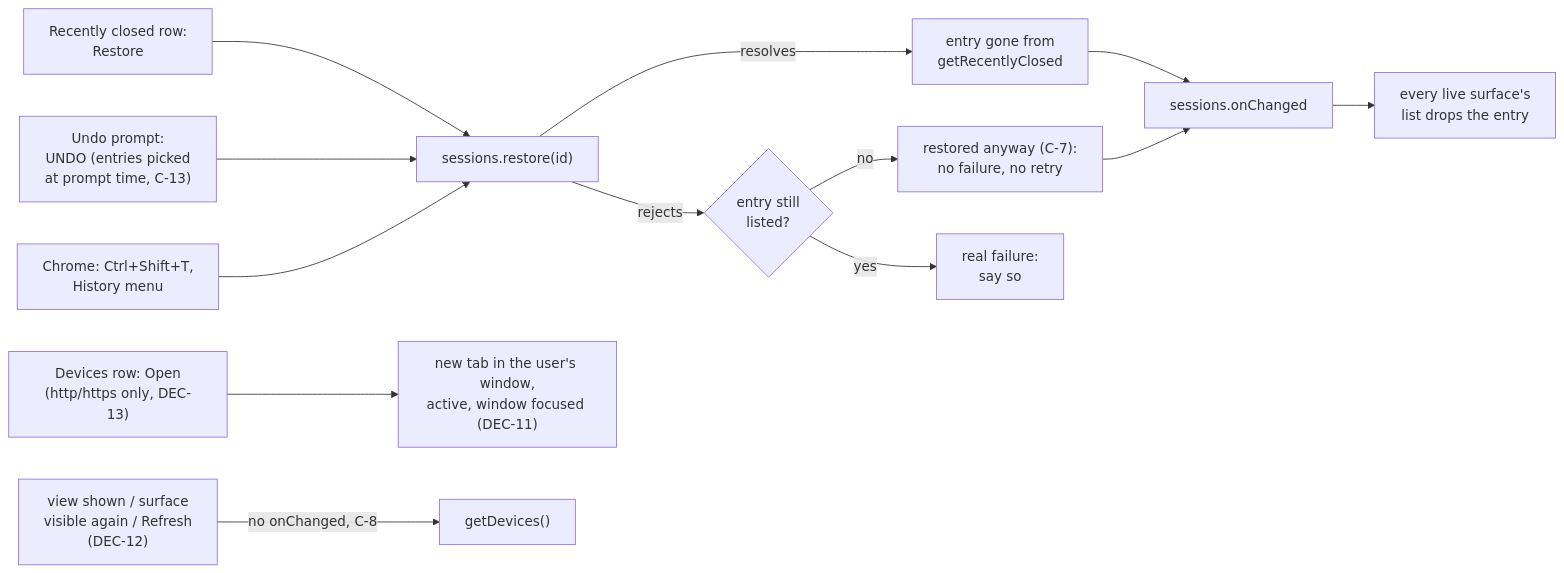
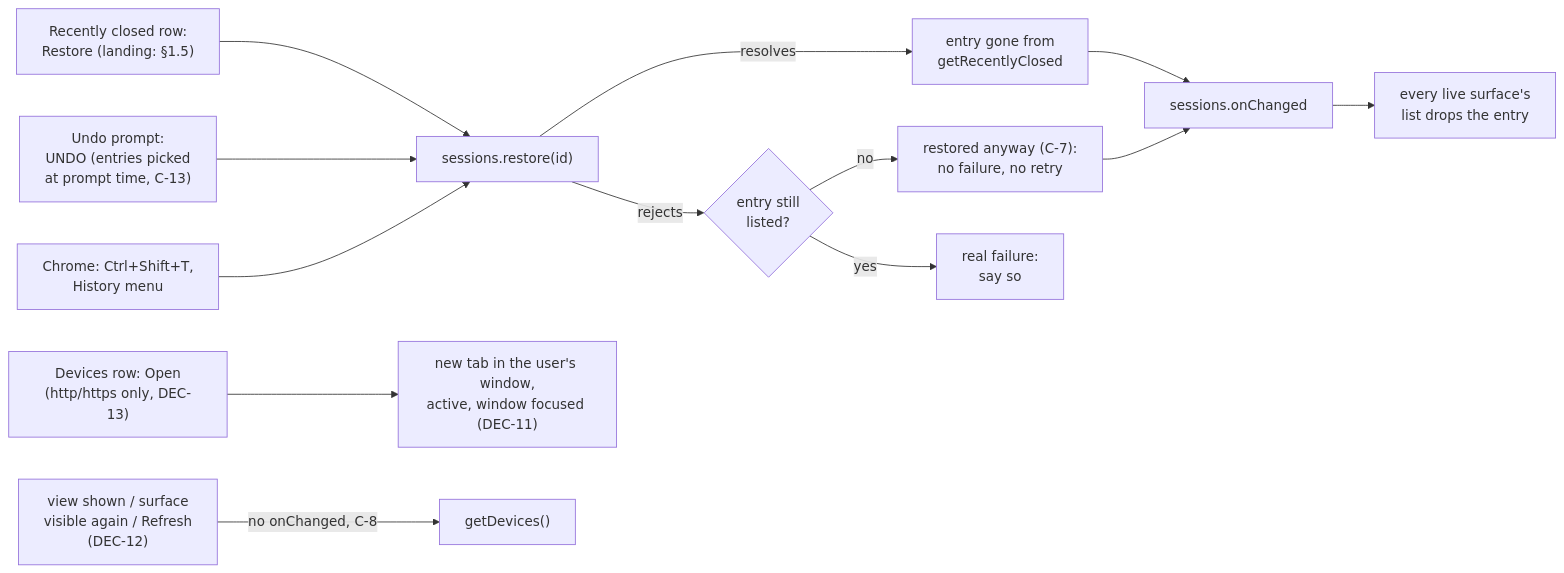
The first of 2 diagrams in specs/tab-list/SPEC-07-2026-10-14-recently-closed-and-other-devices.md (RostK/conscious-tabs), drawn with Mermaid before and after one commit. The commit also changed other lines of this file and 1 other file, not shown here.

First line of the commit message:
Amend SPEC-07 so a restore from the side panel keeps the panel

````diff
--- a/specs/tab-list/SPEC-07-2026-10-14-recently-closed-and-other-devices.md
+++ b/specs/tab-list/SPEC-07-2026-10-14-recently-closed-and-other-devices.md
@@ -75,15 +75,15 @@
 ```mermaid
 flowchart LR
-  L["Recently closed row:<br/>Restore"] --> R["sessions.restore(id)"]
+  L["Recently closed row:<br/>Restore (landing: §1.5)"] --> R["sessions.restore(id)"]
   U["Undo prompt:<br/>UNDO (entries picked<br/>at prompt time, C-13)"] --> R
   H["Chrome: Ctrl+Shift+T,<br/>History menu"] --> R
   R -->|resolves| OK["entry gone from<br/>getRecentlyClosed"]
   R -->|rejects| Q{"entry still<br/>listed?"}
   Q -->|no| OK2["restored anyway (C-7):<br/>no failure, no retry"]
   Q -->|yes| F["real failure:<br/>say so"]
   OK --> C["sessions.onChanged"]
   OK2 --> C
   C --> V["every live surface's<br/>list drops the entry"]
   D["Devices row: Open<br/>(http/https only, DEC-13)"] --> T["new tab in the user's window,<br/>active, window focused (DEC-11)"]
   S["view shown / surface<br/>visible again / Refresh<br/>(DEC-12)"] -->|no onChanged, C-8| G["getDevices()"]
 ```
````
